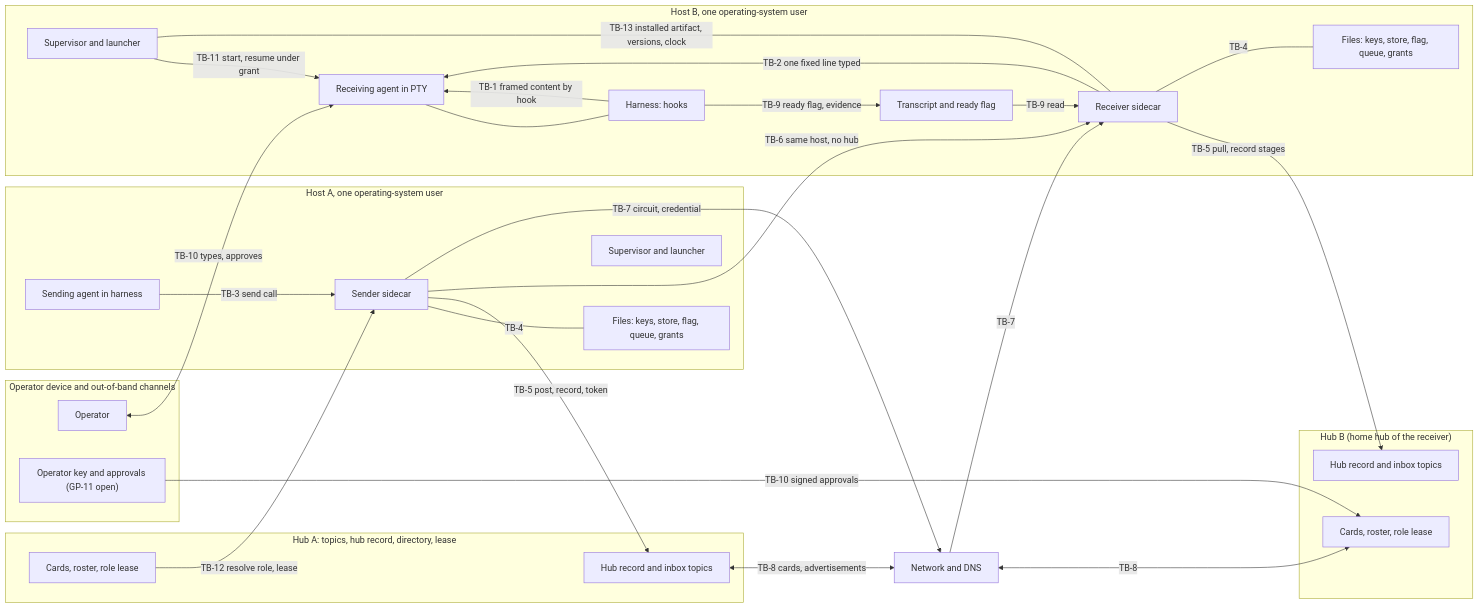
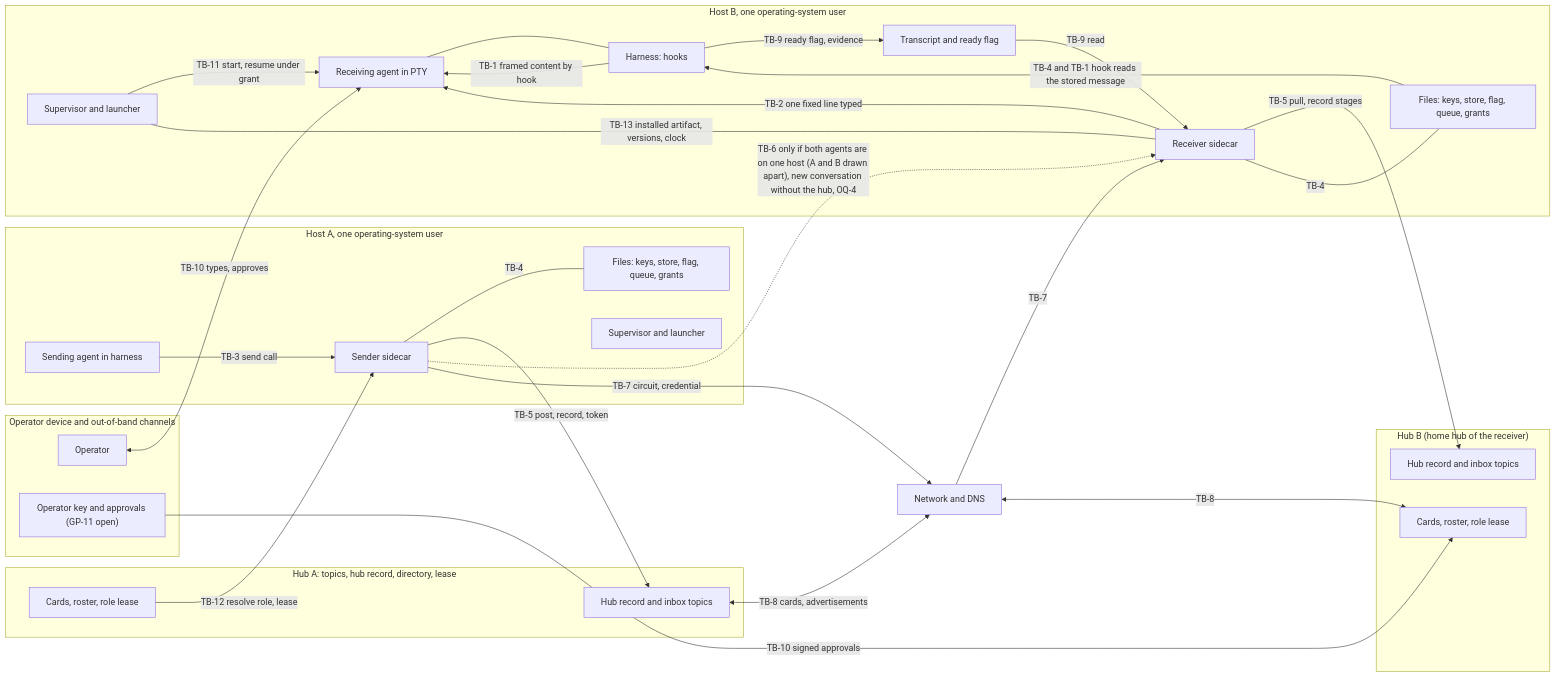
The first of 4 diagrams in docs/design/interactive-agent-communication-02-threat-model.md (DimitriGeelen/termlink), drawn with Mermaid before and after one commit. The commit also changed other lines of this file, not shown here.

````diff
--- a/docs/design/interactive-agent-communication-02-threat-model.md
+++ b/docs/design/interactive-agent-communication-02-threat-model.md
@@ -129,50 +131,51 @@
 ```mermaid
 flowchart LR
   subgraph OPZ["Operator device and out-of-band channels"]
     OP["Operator"]
     OPK["Operator key and approvals (GP-11 open)"]
   end
   subgraph HA["Host A, one operating-system user"]
     SA["Sending agent in harness"]
     SCA["Sender sidecar"]
     FA["Files: keys, store, flag, queue, grants"]
     SUPA["Supervisor and launcher"]
   end
   subgraph HUBA["Hub A: topics, hub record, directory, lease"]
     HRA["Hub record and inbox topics"]
     DIRA["Cards, roster, role lease"]
   end
   subgraph HUBB["Hub B (home hub of the receiver)"]
     HRB["Hub record and inbox topics"]
     DIRB["Cards, roster, role lease"]
   end
   subgraph HB["Host B, one operating-system user"]
     SCB["Receiver sidecar"]
     FB["Files: keys, store, flag, queue, grants"]
     TR["Transcript and ready flag"]
     HAR["Harness: hooks"]
     RA["Receiving agent in PTY"]
     SUPB["Supervisor and launcher"]
   end
   NET["Network and DNS"]
   SA -->|"TB-3 send call"| SCA
   SCA ---|"TB-4"| FA
   SCA -->|"TB-5 post, record, token"| HRA
-  SCA -->|"TB-6 same host, no hub"| SCB
+  SCA -.->|"TB-6 only if both agents are on one host (A and B drawn apart), new conversation without the hub, OQ-4"| SCB
   SCA -->|"TB-7 circuit, credential"| NET
   NET -->|"TB-7"| SCB
   HRA <-->|"TB-8 cards, advertisements"| NET
   NET <-->|"TB-8"| DIRB
   SCB -->|"TB-5 pull, record stages"| HRB
   SCB ---|"TB-4"| FB
+  FB -->|"TB-4 and TB-1 hook reads the stored message"| HAR
   SCB -->|"TB-2 one fixed line typed"| RA
   HAR -->|"TB-1 framed content by hook"| RA
   RA --- HAR
   HAR -->|"TB-9 ready flag, evidence"| TR
   TR -->|"TB-9 read"| SCB
   DIRA -->|"TB-12 resolve role, lease"| SCA
   OP <-->|"TB-10 types, approves"| RA
   OPK -->|"TB-10 signed approvals"| DIRB
   SUPB -->|"TB-11 start, resume under grant"| RA
   SUPB ---|"TB-13 installed artifact, versions, clock"| SCB
 ```
````
